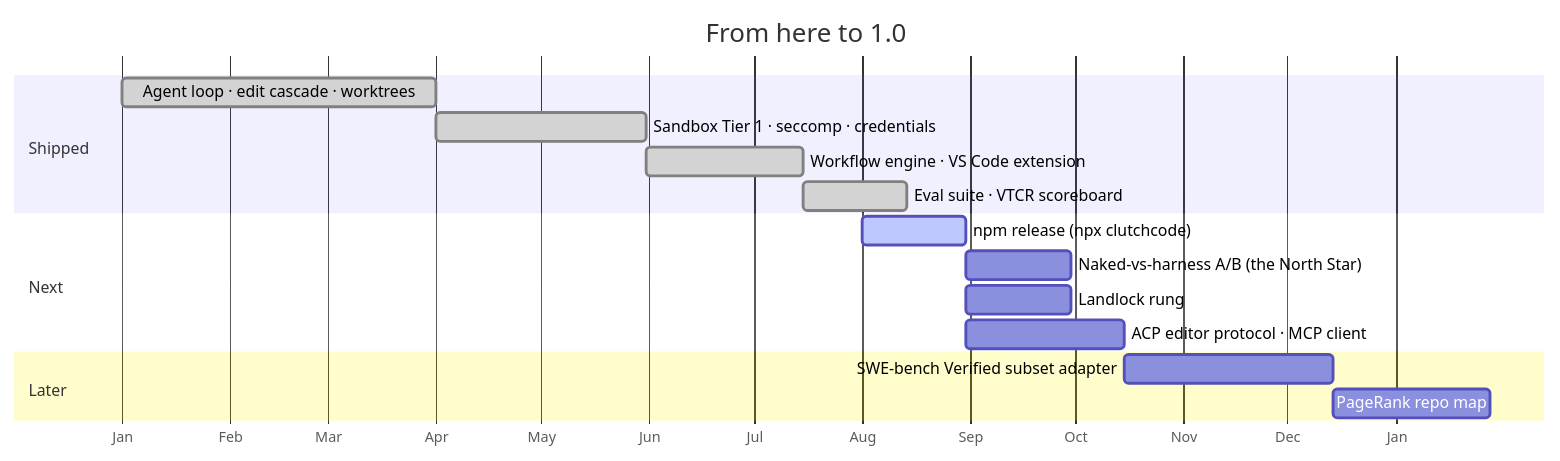
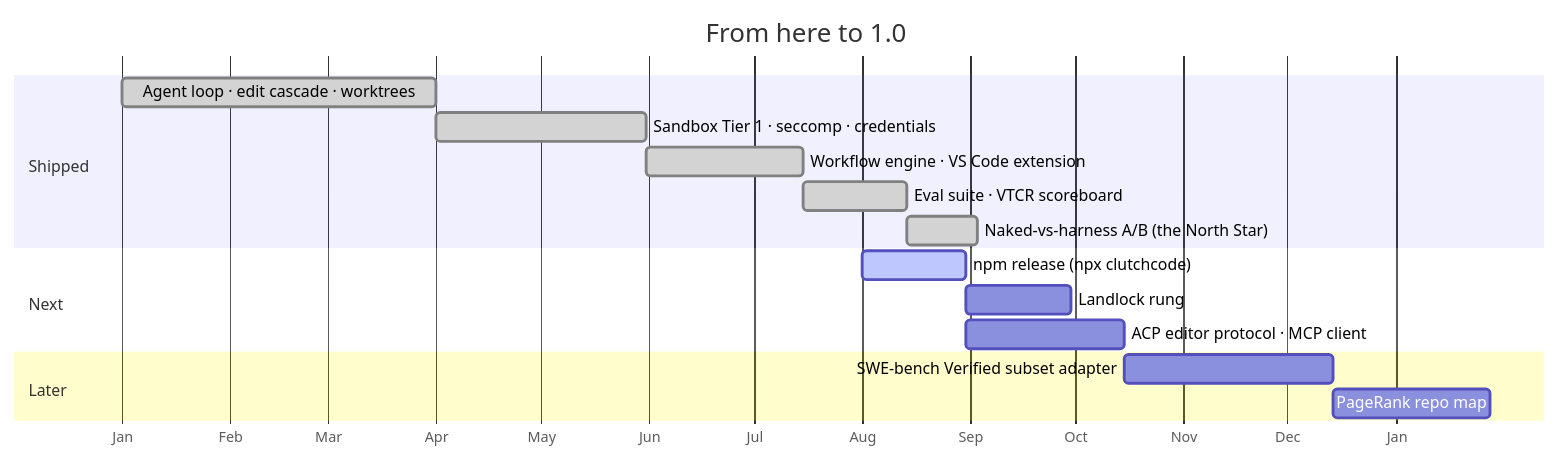
Before and after one commit to Derric01/ClutchCode: the third of 3 diagrams in README.md, drawn with Mermaid. The commit also changed other lines of this file and 13 other files, not shown here.

````diff
--- a/README.md
+++ b/README.md
@@ -312,19 +314,19 @@
 ```mermaid
 gantt
     dateFormat YYYY-MM-DD
     axisFormat %b
     title From here to 1.0
     section Shipped
         Agent loop · edit cascade · worktrees   :done, a1, 2026-01-01, 90d
         Sandbox Tier 1 · seccomp · credentials  :done, a2, after a1, 60d
         Workflow engine · VS Code extension      :done, a3, after a2, 45d
         Eval suite · VTCR scoreboard             :done, a4, after a3, 30d
+        Naked-vs-harness A/B (the North Star)    :done, a5, after a4, 20d
     section Next
         npm release (npx clutchcode)            :active, b1, 2026-08-01, 30d
-        Naked-vs-harness A/B (the North Star)   :b2, after b1, 30d
         Landlock rung                           :b3, after b1, 30d
         ACP editor protocol · MCP client         :b4, after b1, 45d
     section Later
         SWE-bench Verified subset adapter       :c1, after b4, 60d
         PageRank repo map                       :c2, after c1, 45d
 ```
````
